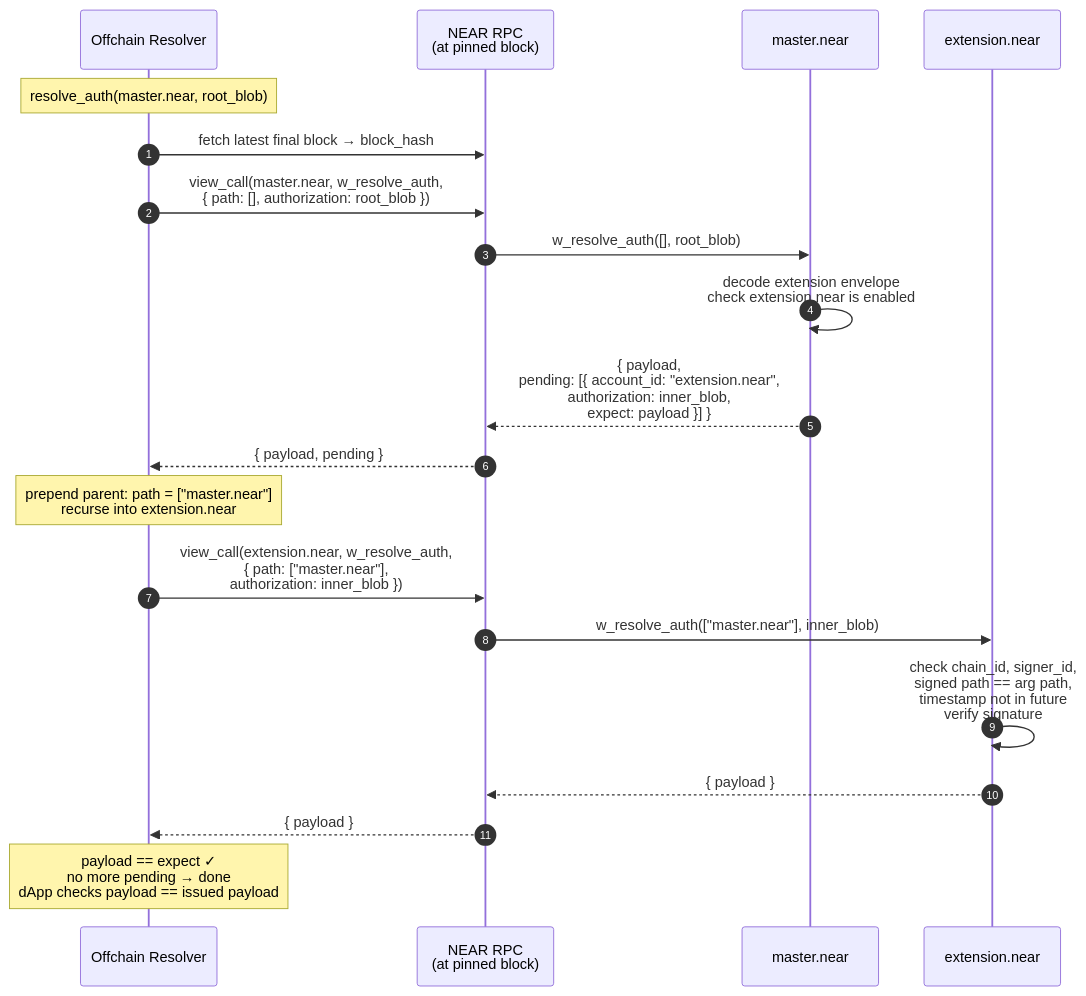
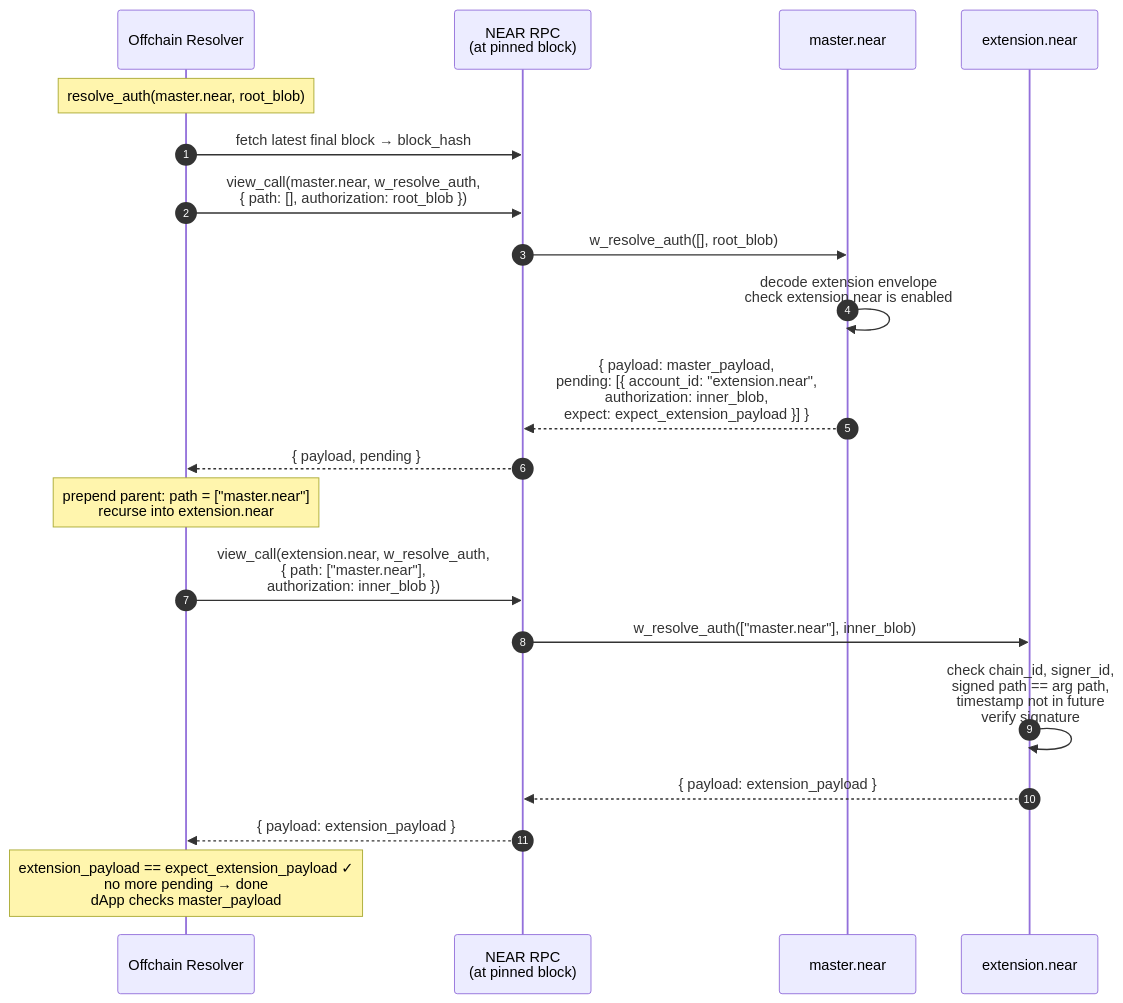
The third of 3 diagrams in neps/nep-0641.md (near/NEPs), drawn with Mermaid before and after one commit. The commit also changed other lines of this file, not shown here.

````diff
--- a/neps/nep-0641.md
+++ b/neps/nep-0641.md
@@ -558,25 +558,25 @@
 ```mermaid
 sequenceDiagram
     autonumber
     participant BE as Offchain Resolver
-    participant RPC as NEAR RPC<br/>(at pinned block)
+    participant RPC as NEAR RPC <br/>(at pinned block)
     participant M as master.near
     participant E as extension.near
 
     Note over BE: resolve_auth(master.near, root_blob)
     BE->>RPC: fetch latest final block → block_hash
-    BE->>RPC: view_call(master.near, w_resolve_auth,<br/>{ path: [], authorization: root_blob })
+    BE->>RPC: view_call(master.near, w_resolve_auth, <br/>{ path: [], authorization: root_blob })
     RPC->>M: w_resolve_auth([], root_blob)
-    M->>M: decode extension envelope<br/>check extension.near is enabled
-    M-->>RPC: { payload,<br/>pending: [{ account_id: "extension.near",<br/>authorization: inner_blob,<br/>expect: payload }] }
+    M->>M: decode extension envelope <br/>check extension.near is enabled
+    M-->>RPC: { payload: master_payload, <br/>pending: [{ account_id: "extension.near", <br/>authorization: inner_blob, <br/>expect: expect_extension_payload }] }
     RPC-->>BE: { payload, pending }
 
-    Note over BE: prepend parent: path = ["master.near"]<br/>recurse into extension.near
-    BE->>RPC: view_call(extension.near, w_resolve_auth,<br/>{ path: ["master.near"],<br/>authorization: inner_blob })
+    Note over BE: prepend parent: path = ["master.near"] <br/>recurse into extension.near
+    BE->>RPC: view_call(extension.near, w_resolve_auth, <br/>{ path: ["master.near"], <br/>authorization: inner_blob })
     RPC->>E: w_resolve_auth(["master.near"], inner_blob)
-    E->>E: check chain_id, signer_id,<br/>signed path == arg path,<br/>timestamp not in future<br/>verify signature
-    E-->>RPC: { payload }
-    RPC-->>BE: { payload }
+    E->>E: check chain_id, signer_id, <br/>signed path == arg path, <br/>timestamp not in future <br/>verify signature
+    E-->>RPC: { payload: extension_payload }
+    RPC-->>BE: { payload: extension_payload }
 
-    Note over BE: payload == expect ✓<br/>no more pending → done<br/>dApp checks payload == issued payload
+    Note over BE: extension_payload == expect_extension_payload ✓ <br/>no more pending → done <br/>dApp checks master_payload
 ```
````
